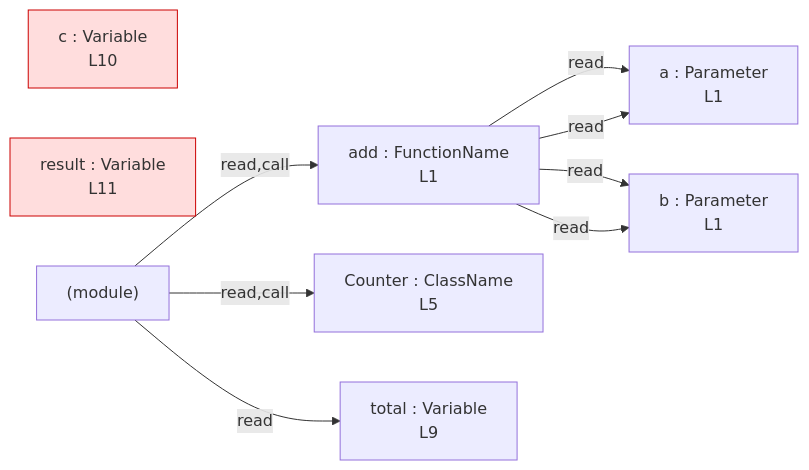
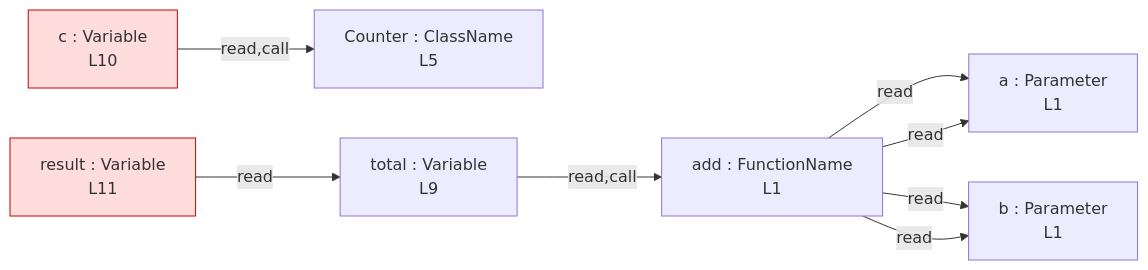
Before and after one commit to crescware/unsnarl: the diagram in integration/fixtures/function-and-class/preview.md, drawn with Mermaid. The commit also changed 38 other files, not shown here.

First line of the commit message:
feat: route Mermaid edges through the initialized variable (owner)

````diff
--- a/integration/fixtures/function-and-class/preview.md
+++ b/integration/fixtures/function-and-class/preview.md
@@ -21,21 +21,20 @@
 ```mermaid
 flowchart LR
   n_scope_0_add_9["add : FunctionName\nL1"]
   n_scope_0_Counter_62["Counter : ClassName\nL5"]
   n_scope_0_total_94["total : Variable\nL9"]
   n_scope_0_c_119["c : Variable\nL10"]
   n_scope_0_result_144["result : Variable\nL11"]
   n_scope_1_a_13["a : Parameter\nL1"]
   n_scope_1_b_24["b : Parameter\nL1"]
   n_scope_0_add_9 -->|read| n_scope_1_a_13
   n_scope_0_add_9 -->|read| n_scope_1_b_24
   n_scope_0_add_9 -->|read| n_scope_1_a_13
   n_scope_0_add_9 -->|read| n_scope_1_b_24
-  module_root -->|read,call| n_scope_0_add_9
-  module_root -->|read,call| n_scope_0_Counter_62
-  module_root -->|read| n_scope_0_total_94
-  module_root["(module)"]
+  n_scope_0_total_94 -->|read,call| n_scope_0_add_9
+  n_scope_0_c_119 -->|read,call| n_scope_0_Counter_62
+  n_scope_0_result_144 -->|read| n_scope_0_total_94
   classDef unused fill:#fdd,stroke:#c00;
   class n_scope_0_c_119 unused;
   class n_scope_0_result_144 unused;
 ```
````
